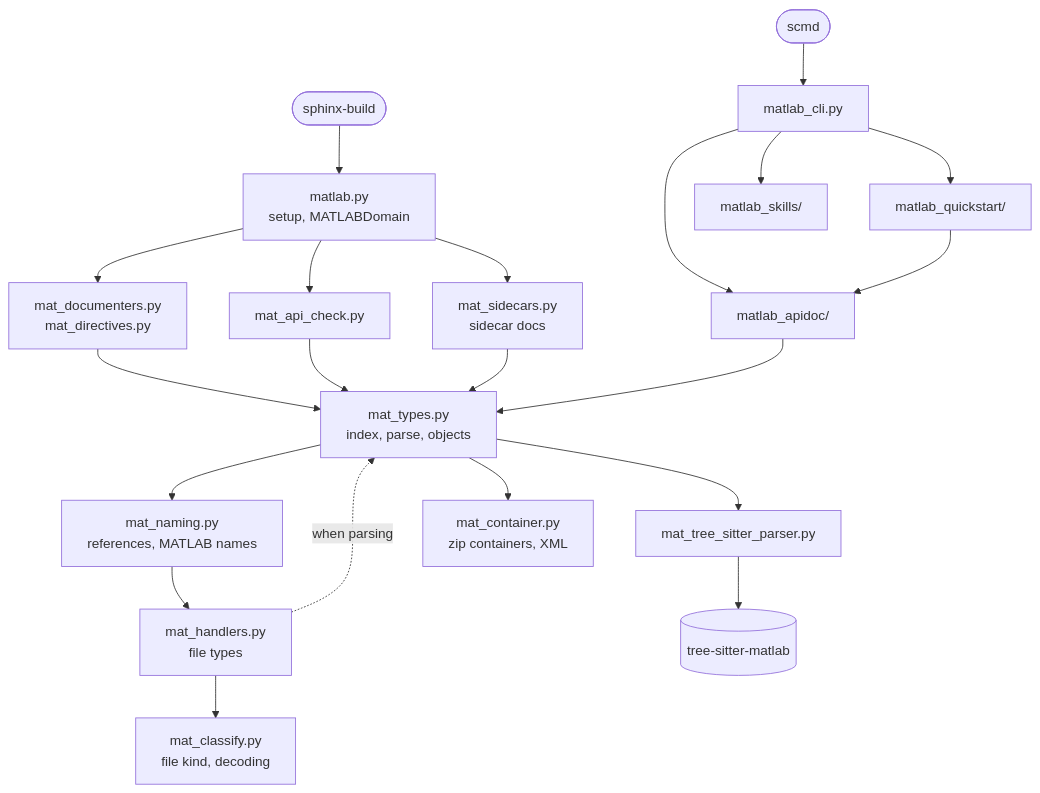
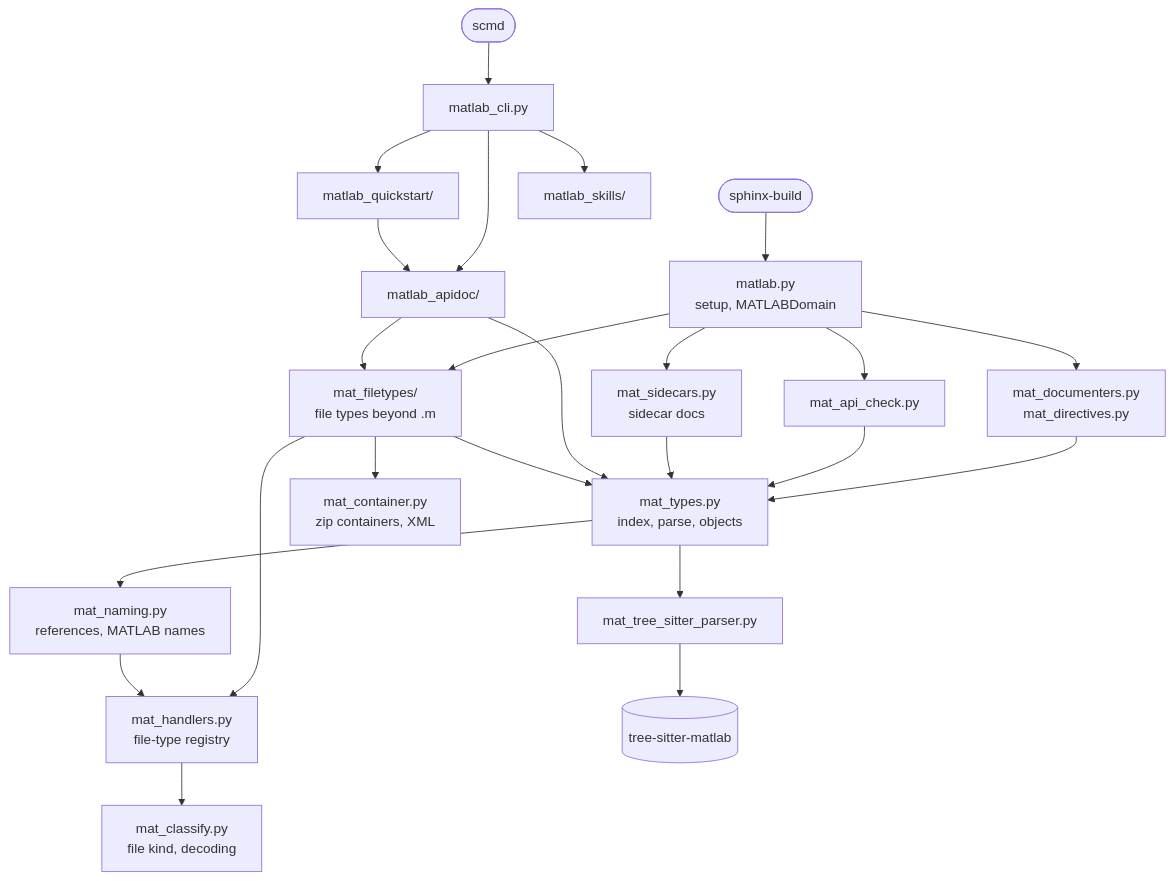
Before and after one commit to jasonnicholson/matlabdomain-non-fork: the diagram in docs/developer-guide/architecture.rst, drawn with Mermaid. The commit also changed other lines of this file and 25 other files, not shown here.

```diff
--- a/docs/developer-guide/architecture.rst
+++ b/docs/developer-guide/architecture.rst
@@ -84,23 +89,26 @@
 .. mermaid::
 
    flowchart TB
      sphinx(["sphinx-build"]) --> matlab
      scmd(["scmd"]) --> cli["matlab_cli.py"]
      cli --> apidoc
      cli --> quickstart["matlab_quickstart/"]
      cli --> skills["matlab_skills/"]
      quickstart --> apidoc
      matlab["matlab.py<br/>setup, MATLABDomain"] --> documenters["mat_documenters.py<br/>mat_directives.py"]
      matlab --> apicheck["mat_api_check.py"]
      matlab --> sidecars["mat_sidecars.py<br/>sidecar docs"]
      documenters --> types
      apicheck --> types
      sidecars --> types
      apidoc["matlab_apidoc/"] --> types
+     matlab --> filetypes
+     apidoc --> filetypes
+     filetypes["mat_filetypes/<br/>file types beyond .m"] --> types
+     filetypes --> handlers
+     filetypes --> container["mat_container.py<br/>zip containers, XML"]
      types["mat_types.py<br/>index, parse, objects"] --> naming["mat_naming.py<br/>references, MATLAB names"]
      types --> parser["mat_tree_sitter_parser.py"]
-     types --> container["mat_container.py<br/>zip containers, XML"]
-     naming --> handlers["mat_handlers.py<br/>file types"]
+     naming --> handlers["mat_handlers.py<br/>file-type registry"]
      handlers --> classify["mat_classify.py<br/>file kind, decoding"]
-     handlers -. "when parsing" .-> types
      parser --> treesitter[("tree-sitter-matlab")]
```
